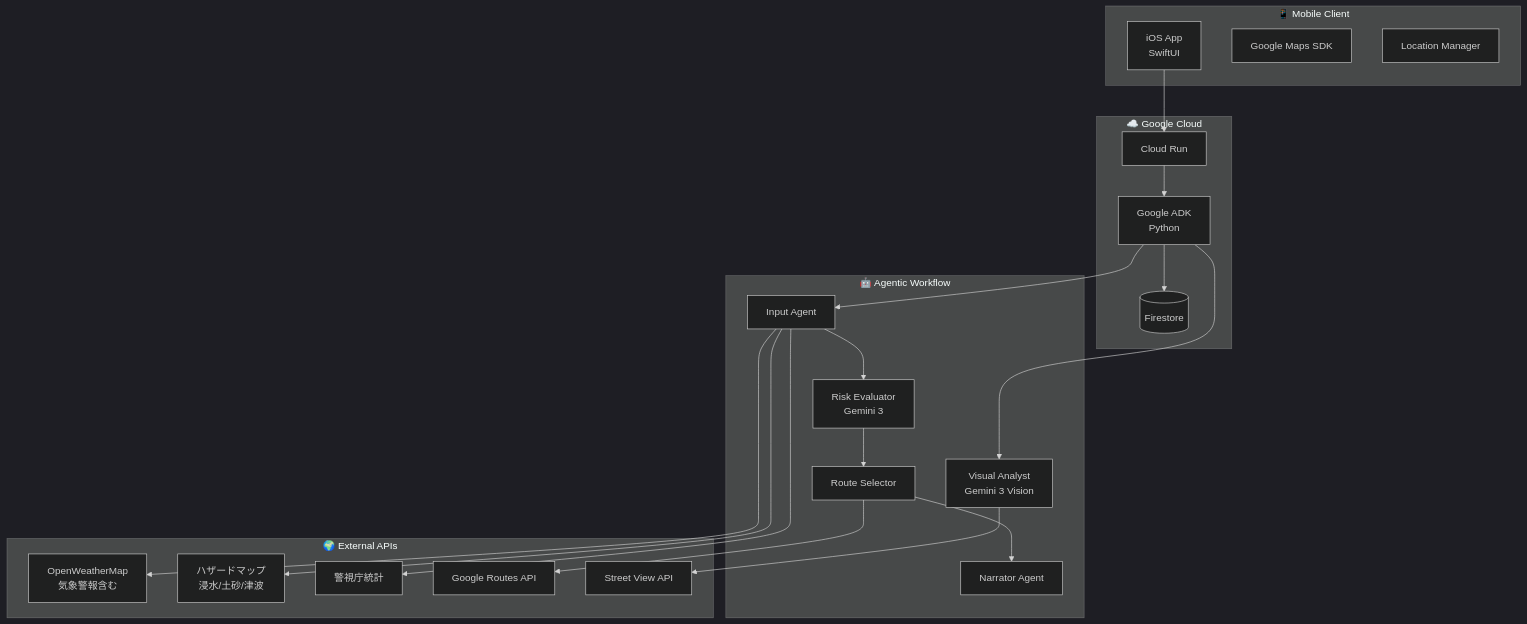
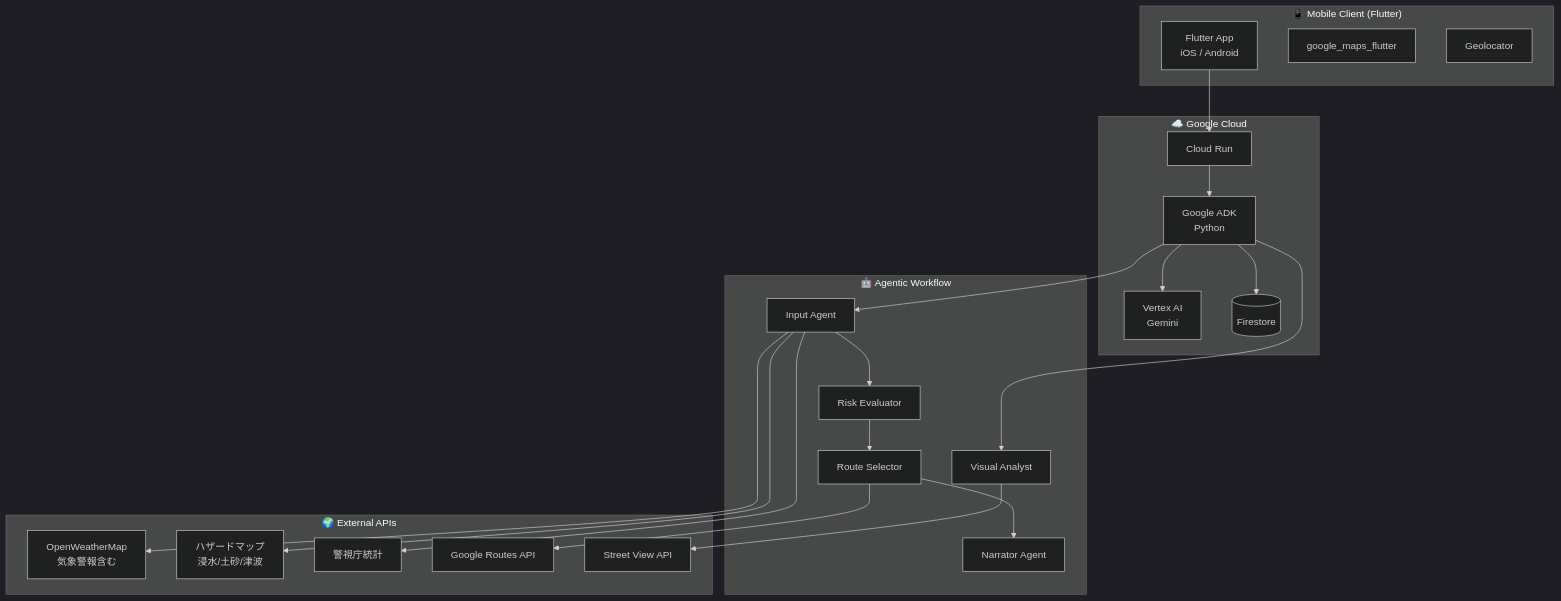
One commit to Ryg-appdev/safe-routing-ai-navigation changed the diagram in Docs/確定/03_システムアーキテクチャ.md. Above: the diagram before and after it, drawn with Mermaid (dark theme). The commit also changed other lines of this file and 3 other files, not shown here.

Commit message:
docs: Flutter (iOS/Android) + Vertex AI に変更

````diff
--- a/Docs/確定/03_システムアーキテクチャ.md
+++ b/Docs/確定/03_システムアーキテクチャ.md
@@ -8,46 +8,48 @@
 ```mermaid
 flowchart TB
-    subgraph Client["📱 Mobile Client"]
-        iOS["iOS App<br/>SwiftUI"]
-        MapsSDK["Google Maps SDK"]
-        GPS["Location Manager"]
+    subgraph Client["📱 Mobile Client (Flutter)"]
+        Flutter["Flutter App<br/>iOS / Android"]
+        MapsSDK["google_maps_flutter"]
+        GPS["Geolocator"]
     end
 
     subgraph Backend["☁️ Google Cloud"]
         CloudRun["Cloud Run"]
         ADK["Google ADK<br/>Python"]
+        VertexAI["Vertex AI<br/>Gemini"]
         Firestore[("Firestore")]
     end
 
     subgraph Agents["🤖 Agentic Workflow"]
         InputAgent["Input Agent"]
-        RiskAgent["Risk Evaluator<br/>Gemini 3"]
+        RiskAgent["Risk Evaluator"]
         RouteAgent["Route Selector"]
-        VisionAgent["Visual Analyst<br/>Gemini 3 Vision"]
+        VisionAgent["Visual Analyst"]
         Narrator["Narrator Agent"]
     end
 
     subgraph APIs["🌍 External APIs"]
         WeatherAPI["OpenWeatherMap<br/>気象警報含む"]
         HazardAPI["ハザードマップ<br/>浸水/土砂/津波"]
         PoliceData["警視庁統計"]
         RoutesAPI["Google Routes API"]
         StreetView["Street View API"]
     end
 
-    iOS --> CloudRun
+    Flutter --> CloudRun
     CloudRun --> ADK
+    ADK --> VertexAI
     ADK --> Firestore
     
     ADK --> InputAgent
     InputAgent --> RiskAgent
     RiskAgent --> RouteAgent
     RouteAgent --> Narrator
     ADK --> VisionAgent
 
     InputAgent --> WeatherAPI
     InputAgent --> HazardAPI
     InputAgent --> PoliceData
     RouteAgent --> RoutesAPI
     VisionAgent --> StreetView
 ```
````
